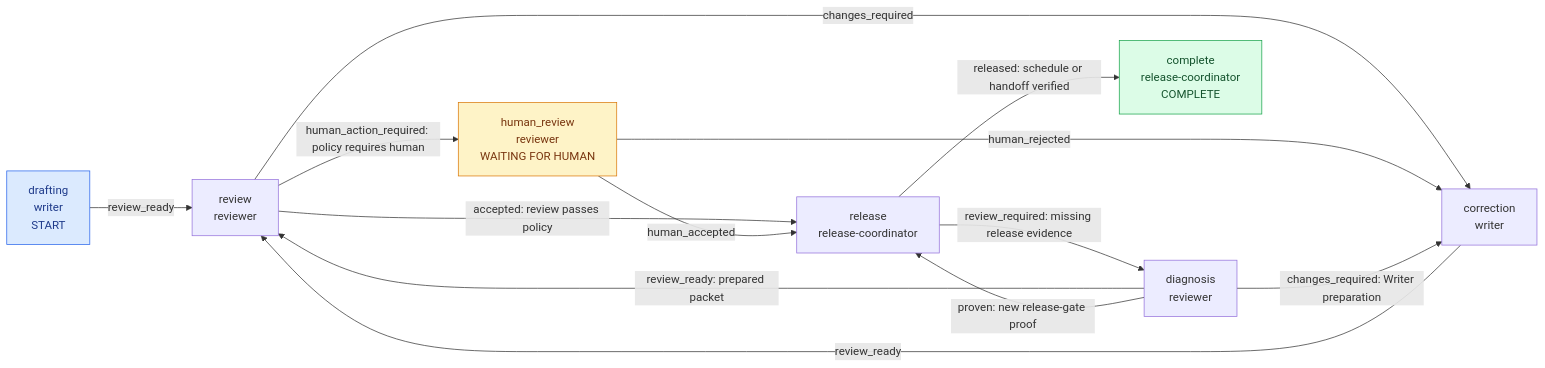
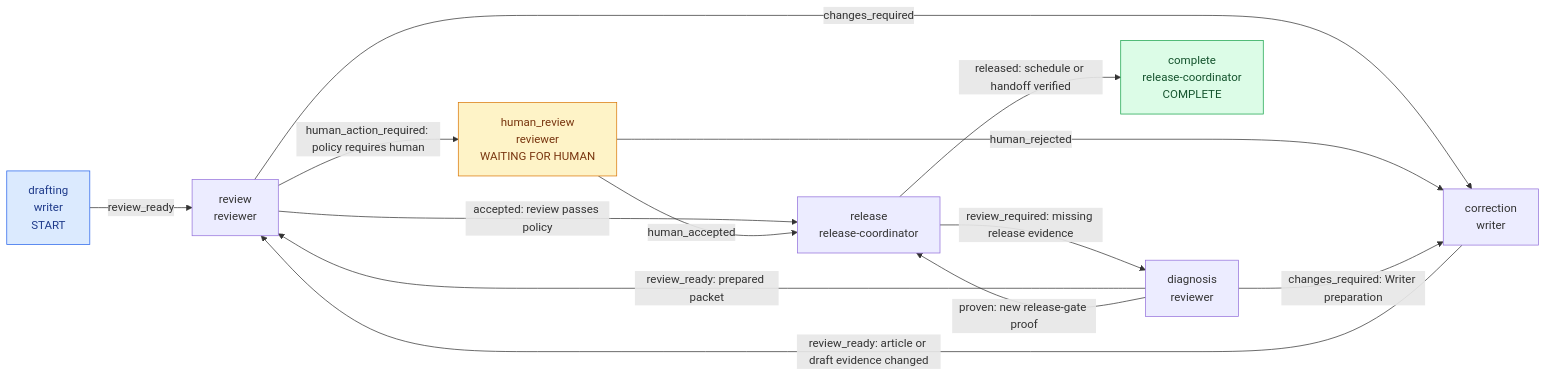
The diagram in ai-workflows/writing/writing.workflow-map.mmd (starodubtsevconsulting/ai-fleas), drawn with Mermaid before and after one commit. The commit also changed 5 other files, not shown here.

```diff
--- a/ai-workflows/writing/writing.workflow-map.mmd
+++ b/ai-workflows/writing/writing.workflow-map.mmd
@@ -1,26 +1,26 @@
 flowchart LR
     drafting["drafting<br/>writer<br/>START"]
     review["review<br/>reviewer"]
     human_review["human_review<br/>reviewer<br/>WAITING FOR HUMAN"]
     correction["correction<br/>writer"]
     release["release<br/>release-coordinator"]
     diagnosis["diagnosis<br/>reviewer"]
     complete["complete<br/>release-coordinator<br/>COMPLETE"]
     drafting -->|review_ready| review
     review -->|accepted: review passes policy| release
     review -->|changes_required| correction
     review -->|human_action_required: policy requires human| human_review
     human_review -->|human_accepted| release
     human_review -->|human_rejected| correction
-    correction -->|review_ready| review
+    correction -->|review_ready: article or draft evidence changed| review
     release -->|released: schedule or handoff verified| complete
     release -->|review_required: missing release evidence| diagnosis
     diagnosis -->|review_ready: prepared packet| review
     diagnosis -->|changes_required: Writer preparation| correction
     diagnosis -->|proven: new release-gate proof| release
     classDef start fill:#dbeafe,stroke:#2563eb,color:#1e3a8a
     classDef waiting fill:#fef3c7,stroke:#d97706,color:#78350f
     classDef done fill:#dcfce7,stroke:#16a34a,color:#14532d
     class drafting start
     class human_review waiting
     class complete done
```
